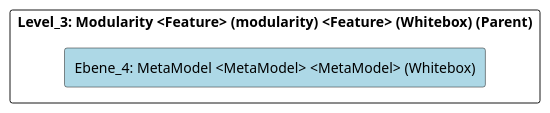
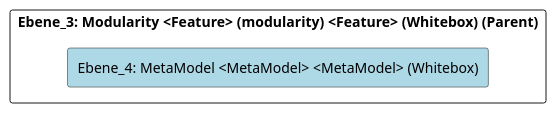
Before and after one commit to marcozwyssig/cleon: the diagram in doc/cleonproject_deliverables_architecture_model_architecture/adoc/de/05_bausteinsicht/cleon/common/modularity/metamodel/ebene_4_metamodel.adoc, drawn with PlantUML. The commit also changed other lines of this file and 620 other files, not shown here.

```diff
--- a/doc/cleonproject_deliverables_architecture_model_architecture/adoc/de/05_bausteinsicht/cleon/common/modularity/metamodel/ebene_4_metamodel.adoc
+++ b/doc/cleonproject_deliverables_architecture_model_architecture/adoc/de/05_bausteinsicht/cleon/common/modularity/metamodel/ebene_4_metamodel.adoc
@@ -20,24 +20,24 @@
 [plantuml, Ebene_4: MetaModel <MetaModel> <MetaModel> (Whitebox)BlockOverview, format="svg"]
 ----
 @startuml Ebene_4: MetaModel <MetaModel> <MetaModel> (Whitebox)BuildingBlockOverview
 
 skinparam ranksep 10
 skinparam componentStyle rectangle
 skinparam shadowing false
 skinparam arrowColor lightblue
 skinparam arrowThickness 1.2
 skinparam rectangle {
   BackgroundColor White
   BorderColor #333
   RoundCorner 10
 }
 top to bottom direction
 
-component "Level_3: Modularity <Feature> (modularity) <Feature> (Whitebox) (Parent)" {
+component "Ebene_3: Modularity <Feature> (modularity) <Feature> (Whitebox) (Parent)" {
     component "Ebene_4: MetaModel <MetaModel> <MetaModel> (Whitebox)" #lightblue {
     }
 
 }
 
 @enduml
 ----
```
